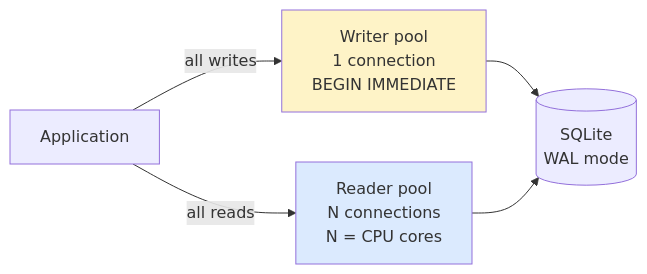
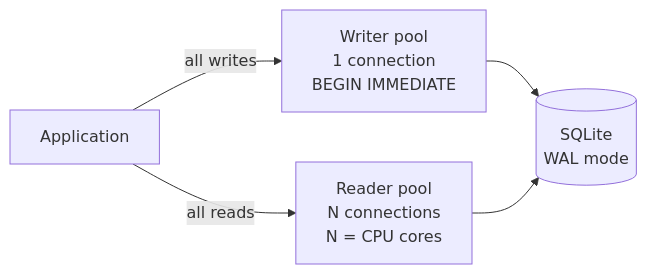
Before and after one commit to TanayK07/sqlite-orm-bench: the third of 4 diagrams in ARTICLE.md, drawn with Mermaid. The commit also changed other lines of this file, not shown here.

First line of the commit message:
docs: fix mermaid rendering, drop color fills

````diff
--- a/ARTICLE.md
+++ b/ARTICLE.md
@@ -452,9 +445,7 @@
 ```mermaid
 flowchart LR
-    A[Application] -->|all writes| W[Writer pool<br/>1 connection<br/>BEGIN IMMEDIATE]
-    A -->|all reads| R[Reader pool<br/>N connections<br/>N = CPU cores]
-    W --> DB[(SQLite<br/>WAL mode)]
+    A["Application"] -->|all writes| W["Writer pool<br/>1 connection<br/>BEGIN IMMEDIATE"]
+    A -->|all reads| R["Reader pool<br/>N connections<br/>N = CPU cores"]
+    W --> DB[("SQLite<br/>WAL mode")]
     R --> DB
-    style W fill:#fef3c7
-    style R fill:#dbeafe
 ```
````
